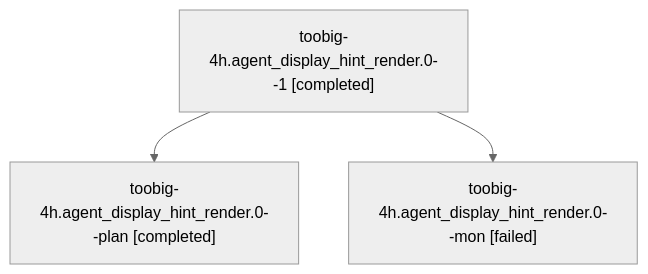
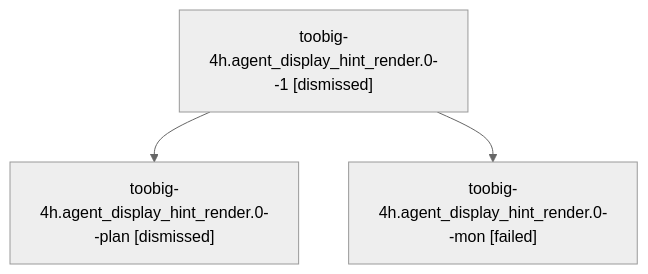
Before and after one commit to sase-org/sase--agents: the diagram in families/bbugyi200.athena.toobig-4h.agent_display_hint_render.0.md, drawn with Mermaid (neutral theme). The commit also changed other lines of this file and 36 other files, not shown here.

````diff
--- a/families/bbugyi200.athena.toobig-4h.agent_display_hint_render.0.md
+++ b/families/bbugyi200.athena.toobig-4h.agent_display_hint_render.0.md
@@ -9,8 +9,8 @@
 ```mermaid
 flowchart TD
-  n0["toobig-4h.agent_display_hint_render.0--1 [completed]"]
-  n1["toobig-4h.agent_display_hint_render.0--plan [completed]"]
+  n0["toobig-4h.agent_display_hint_render.0--1 [dismissed]"]
+  n1["toobig-4h.agent_display_hint_render.0--plan [dismissed]"]
   n0 --> n1
   n2["toobig-4h.agent_display_hint_render.0--mon [failed]"]
   n0 --> n2
 ```
````
